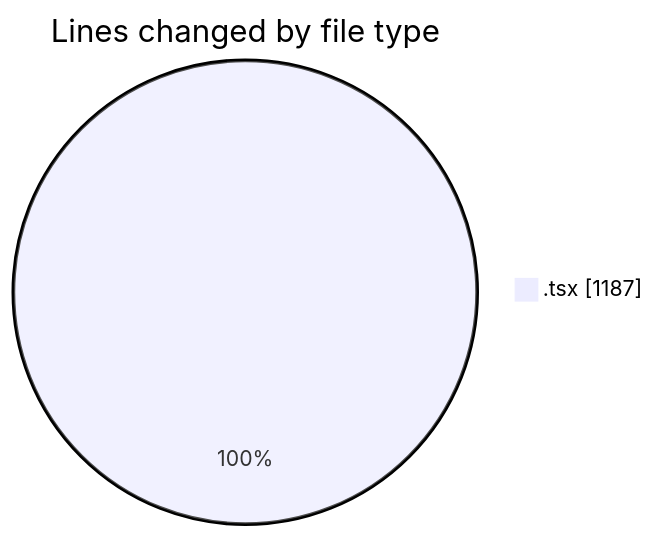
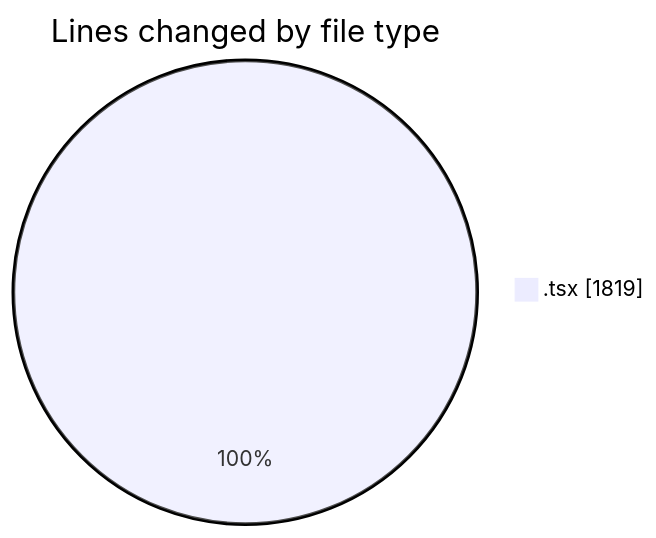
Before and after one commit to lephambinh05/code-tracking: the first of 2 diagrams in 2025-08-18/nextui-dashboard-template/README.md, drawn with Mermaid. The commit also changed other lines of this file and 1 other file, not shown here.

````diff
--- a/2025-08-18/nextui-dashboard-template/README.md
+++ b/2025-08-18/nextui-dashboard-template/README.md
@@ -28,5 +45,5 @@
 ```mermaid
 pie showData
 title Lines changed by file type
-".tsx" : 1187
+".tsx" : 1819
 ```
````
